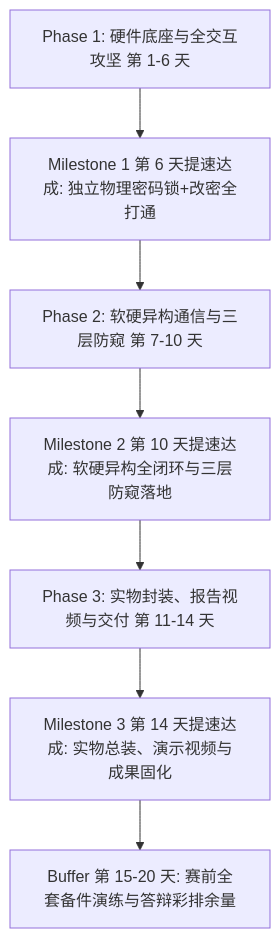
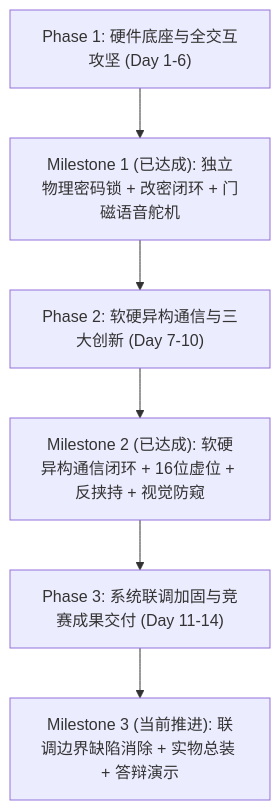
Before and after one commit to no-more-human/FPGA-AntiPeep-CipherLock: the second of 2 diagrams in plan.md, drawn with Mermaid. The commit also changed other lines of this file and 10 other files, not shown here.

````diff
--- a/plan.md
+++ b/plan.md
@@ -145,14 +148,12 @@
 ```mermaid
 flowchart TD
-    M1["Milestone 1 第 6 天提速达成: 独立物理密码锁+改密全打通"]
-    M2["Milestone 2 第 10 天提速达成: 软硬异构全闭环与三层防窥落地"]
-    M3["Milestone 3 第 14 天提速达成: 实物总装、演示视频与成果固化"]
-    M4["Buffer 第 15-20 天: 赛前全套备件演练与答辩彩排余量"]
+    M1["Milestone 1 (已达成): 独立物理密码锁 + 改密闭环 + 门磁语音舵机"]
+    M2["Milestone 2 (已达成): 软硬异构通信闭环 + 16位虚位 + 反挟持 + 视觉防窥"]
+    M3["Milestone 3 (当前推进): 联调边界缺陷消除 + 实物总装 + 答辩演示"]
 
-    P1["Phase 1: 硬件底座与全交互攻坚 第 1-6 天"] --> M1
-    M1 --> P2["Phase 2: 软硬异构通信与三层防窥 第 7-10 天"]
+    P1["Phase 1: 硬件底座与全交互攻坚 (Day 1-6)"] --> M1
+    M1 --> P2["Phase 2: 软硬异构通信与三大创新 (Day 7-10)"]
     P2 --> M2
-    M2 --> P3["Phase 3: 实物封装、报告视频与交付 第 11-14 天"]
+    M2 --> P3["Phase 3: 系统联调加固与竞赛成果交付 (Day 11-14)"]
     P3 --> M3
-    M3 --> M4
 ```
````
